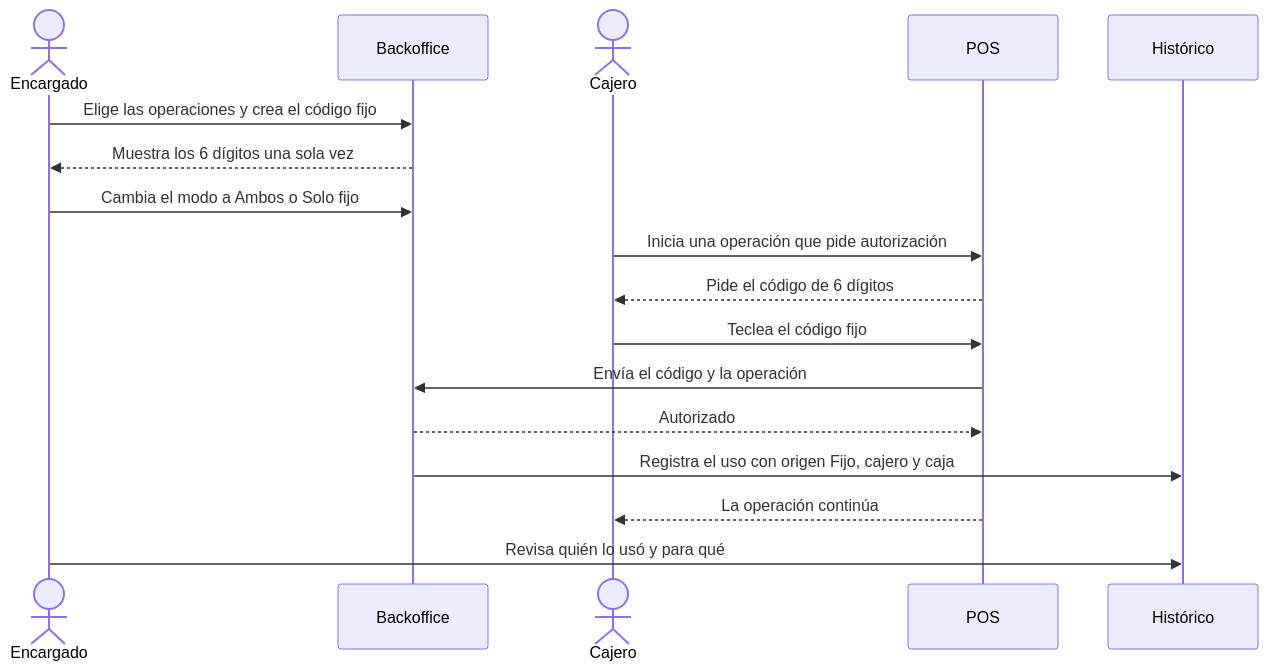
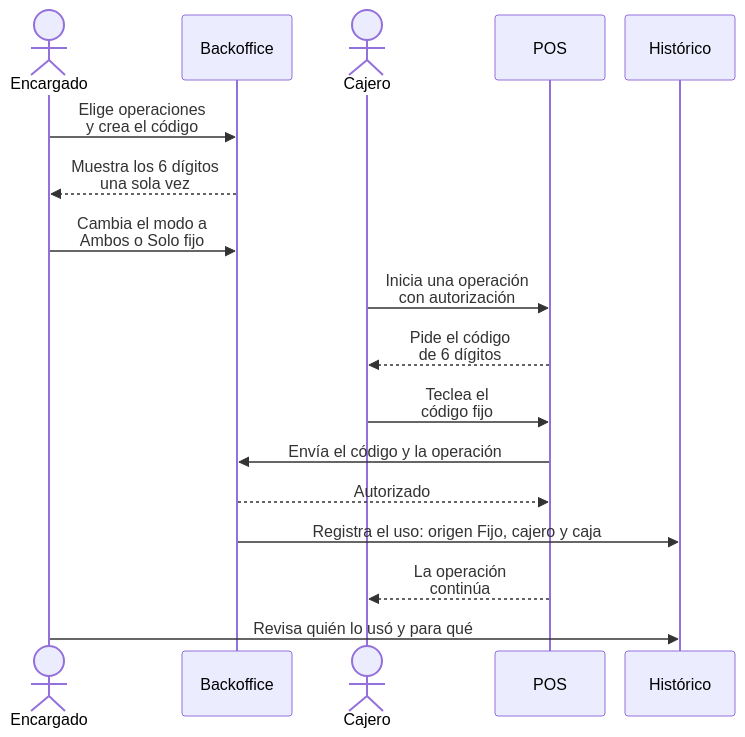
Before and after one commit to fire-rest/documentation: the second of 2 diagrams in es/manuals/pos/static-authorization-code.mdx, drawn with Mermaid. The commit also changed other lines of this file and 2 other files, not shown here.

Commit message:
docs(pos): diagramas del código fijo más compactos y legibles
Vistos en mint dev, el de secuencia salía con letra de unos 7 px y el de
decisión de unos 10 px. Las decisiones pasan de rombos a hexágonos y los
textos largos se parten en dos líneas; el de secuencia usa actores más
angostos y letra más grande.

````diff
--- a/es/manuals/pos/static-authorization-code.mdx
+++ b/es/manuals/pos/static-authorization-code.mdx
@@ -155,19 +155,20 @@
 ```mermaid
+%%{init: {"sequence": {"width": 110, "actorMargin": 20, "messageFontSize": 18, "actorFontSize": 18, "boxMargin": 6, "messageMargin": 28}}}%%
 sequenceDiagram
     actor E as Encargado
     participant B as Backoffice
     actor C as Cajero
     participant P as POS
     participant H as Histórico
-    E->>B: Elige las operaciones y crea el código fijo
-    B-->>E: Muestra los 6 dígitos una sola vez
-    E->>B: Cambia el modo a Ambos o Solo fijo
-    C->>P: Inicia una operación que pide autorización
-    P-->>C: Pide el código de 6 dígitos
-    C->>P: Teclea el código fijo
+    E->>B: Elige operaciones<br/>y crea el código
+    B-->>E: Muestra los 6 dígitos<br/>una sola vez
+    E->>B: Cambia el modo a<br/>Ambos o Solo fijo
+    C->>P: Inicia una operación<br/>con autorización
+    P-->>C: Pide el código<br/>de 6 dígitos
+    C->>P: Teclea el<br/>código fijo
     P->>B: Envía el código y la operación
     B-->>P: Autorizado
-    B->>H: Registra el uso con origen Fijo, cajero y caja
-    P-->>C: La operación continúa
+    B->>H: Registra el uso: origen Fijo, cajero y caja
+    P-->>C: La operación<br/>continúa
     E->>H: Revisa quién lo usó y para qué
 ```
````
